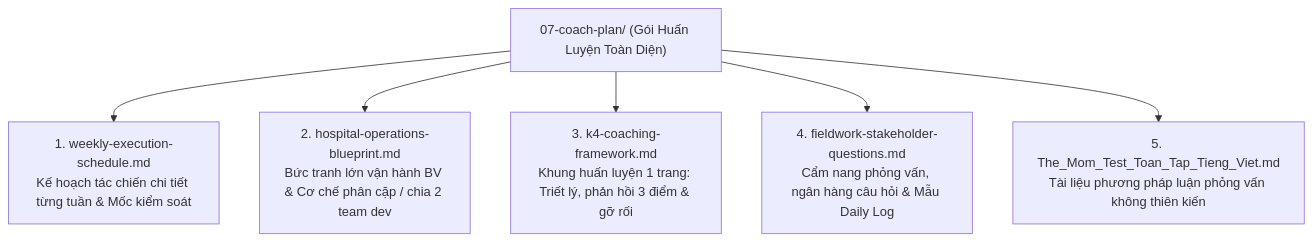
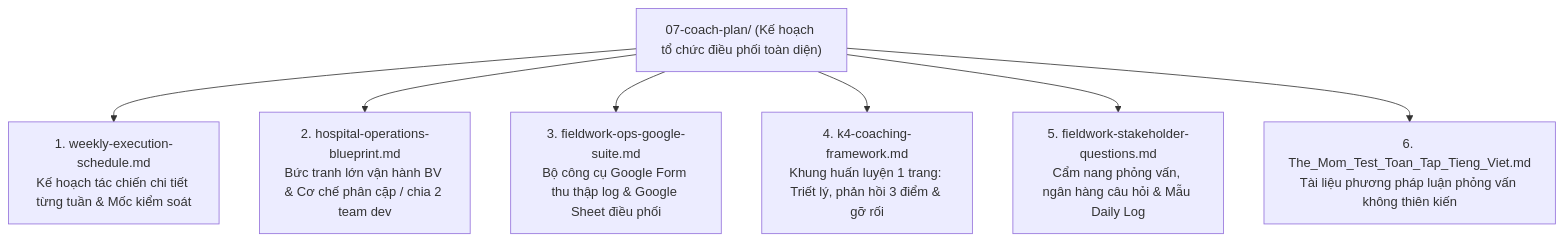
One commit to tainx287/vinmec-exploration-sprint changed the diagram in 07-coach-plan/README.md. Above: the diagram before and after it, drawn with Mermaid. The commit also changed other lines of this file and 3 other files, not shown here.

Commit message:
feat: add fieldwork ops google suite guide and visual macro command map for big screen briefing

````diff
--- a/07-coach-plan/README.md
+++ b/07-coach-plan/README.md
@@ -14,10 +14,11 @@
 ```mermaid
 flowchart TD
-    Index["07-coach-plan/ (Gói Huấn Luyện Toàn Diện)"]
+    Index["07-coach-plan/ (Kế hoạch tổ chức điều phối toàn diện)"]
     
     Index --> Doc1["1. weekly-execution-schedule.md<br>Kế hoạch tác chiến chi tiết từng tuần & Mốc kiểm soát"]
     Index --> Doc2["2. hospital-operations-blueprint.md<br>Bức tranh lớn vận hành BV & Cơ chế phân cặp / chia 2 team dev"]
-    Index --> Doc3["3. k4-coaching-framework.md<br>Khung huấn luyện 1 trang: Triết lý, phản hồi 3 điểm & gỡ rối"]
-    Index --> Doc4["4. fieldwork-stakeholder-questions.md<br>Cẩm nang phỏng vấn, ngân hàng câu hỏi & Mẫu Daily Log"]
-    Index --> Doc5["5. The_Mom_Test_Toan_Tap_Tieng_Viet.md<br>Tài liệu phương pháp luận phỏng vấn không thiên kiến"]
+    Index --> Doc3["3. fieldwork-ops-google-suite.md<br>Bộ công cụ Google Form thu thập log & Google Sheet điều phối"]
+    Index --> Doc4["4. k4-coaching-framework.md<br>Khung huấn luyện 1 trang: Triết lý, phản hồi 3 điểm & gỡ rối"]
+    Index --> Doc5["5. fieldwork-stakeholder-questions.md<br>Cẩm nang phỏng vấn, ngân hàng câu hỏi & Mẫu Daily Log"]
+    Index --> Doc6["6. The_Mom_Test_Toan_Tap_Tieng_Viet.md<br>Tài liệu phương pháp luận phỏng vấn không thiên kiến"]
 ```
````
